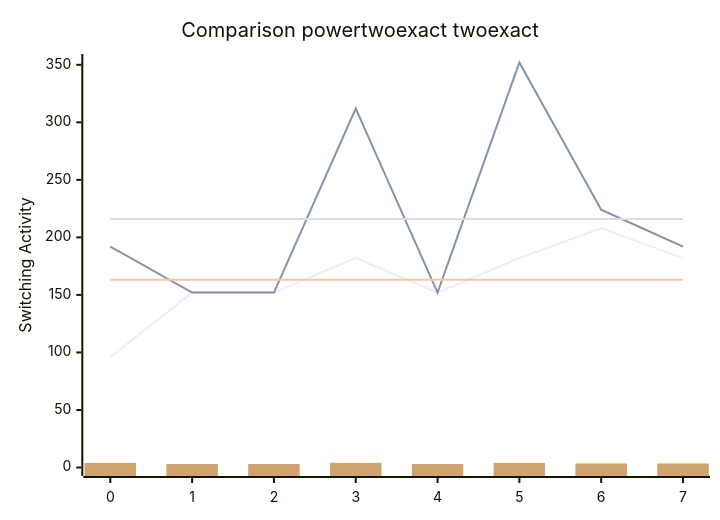
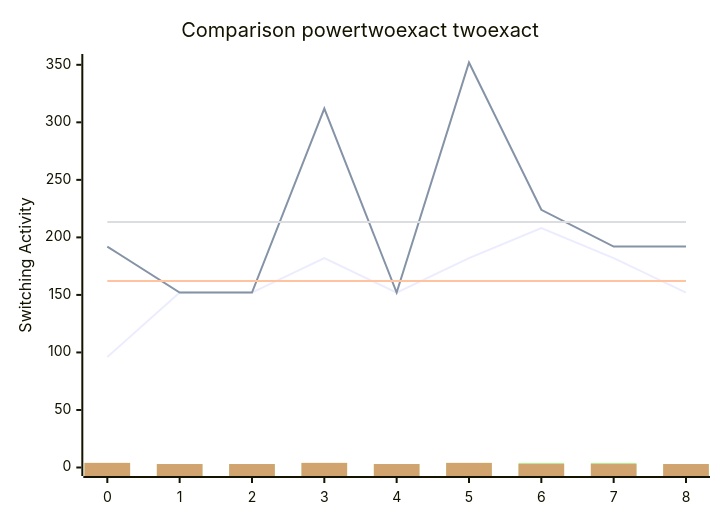
The diagram in benchmark.md (FeldmeierMichael/Exact-Power-Synthesis), drawn with Mermaid before and after one commit. The commit also changed other lines of this file and 2 other files, not shown here.

````diff
--- a/benchmark.md
+++ b/benchmark.md
@@ -17,12 +19,12 @@
 ```mermaid
 xychart-beta
     title "Comparison powertwoexact twoexact"
-    x-axis [0, 1, 2, 3, 4, 5, 6, 7]
+    x-axis [0, 1, 2, 3, 4, 5, 6, 7, 8]
     y-axis "Switching Activity" 0-->352
-    line [96, 152, 152, 182, 152, 182, 208, 182]
-    line [192, 152, 152, 312, 152, 352, 224, 192]
-    line [163.25, 163.25, 163.25, 163.25, 163.25, 163.25, 163.25, 163.25]
-    line [216.0, 216.0, 216.0, 216.0, 216.0, 216.0, 216.0, 216.0]
-    bar [4, 3, 3, 4, 3, 4, 4, 4, 4, 3, 3, 4, 3, 4, 4, 4, 4, 3, 3, 4, 3, 4, 4, 4, 4, 3, 3, 4, 3, 4, 4, 4, 4, 3, 3, 4, 3, 4, 4, 4, 4, 3, 3, 4, 3, 4, 4, 4, 4, 3, 3, 4, 3, 4, 4, 4, 4, 3, 3, 4, 3, 4, 4, 4, 4, 3, 3, 4, 3, 4, 4, 4, 4, 3, 3, 4, 3, 4, 4, 4, 4, 3, 3, 4, 3, 4, 4, 4, 4, 3, 3, 4, 3, 4, 4, 4, 4, 3, 3, 4, 3, 4, 4, 4, 4, 3, 3, 4, 3, 4, 4, 4, 4, 3, 3, 4, 3, 4, 4, 4, 4, 3, 3, 4, 3, 4, 4, 4, 4, 3, 3, 4, 3, 4, 4, 4, 4, 3, 3, 4, 3, 4, 4, 4, 4, 3, 3, 4, 3, 4, 4, 4, 4, 3, 3, 4, 3, 4, 4, 4]
-    bar [4, 3, 3, 4, 3, 4, 3, 3, 4, 3, 3, 4, 3, 4, 3, 3, 4, 3, 3, 4, 3, 4, 3, 3, 4, 3, 3, 4, 3, 4, 3, 3, 4, 3, 3, 4, 3, 4, 3, 3, 4, 3, 3, 4, 3, 4, 3, 3, 4, 3, 3, 4, 3, 4, 3, 3, 4, 3, 3, 4, 3, 4, 3, 3, 4, 3, 3, 4, 3, 4, 3, 3, 4, 3, 3, 4, 3, 4, 3, 3, 4, 3, 3, 4, 3, 4, 3, 3, 4, 3, 3, 4, 3, 4, 3, 3, 4, 3, 3, 4, 3, 4, 3, 3, 4, 3, 3, 4, 3, 4, 3, 3, 4, 3, 3, 4, 3, 4, 3, 3, 4, 3, 3, 4, 3, 4, 3, 3, 4, 3, 3, 4, 3, 4, 3, 3, 4, 3, 3, 4, 3, 4, 3, 3, 4, 3, 3, 4, 3, 4, 3, 3, 4, 3, 3, 4, 3, 4, 3, 3]
+    line [96, 152, 152, 182, 152, 182, 208, 182, 152]
+    line [192, 152, 152, 312, 152, 352, 224, 192, 192]
+    line [162.0, 162.0, 162.0, 162.0, 162.0, 162.0, 162.0, 162.0, 162.0]
+    line [213.33333333333334, 213.33333333333334, 213.33333333333334, 213.33333333333334, 213.33333333333334, 213.33333333333334, 213.33333333333334, 213.33333333333334, 213.33333333333334]
+    bar [4, 3, 3, 4, 3, 4, 4, 4, 3, 4, 3, 3, 4, 3, 4, 4, 4, 3, 4, 3, 3, 4, 3, 4, 4, 4, 3, 4, 3, 3, 4, 3, 4, 4, 4, 3, 4, 3, 3, 4, 3, 4, 4, 4, 3, 4, 3, 3, 4, 3, 4, 4, 4, 3, 4, 3, 3, 4, 3, 4, 4, 4, 3, 4, 3, 3, 4, 3, 4, 4, 4, 3, 4, 3, 3, 4, 3, 4, 4, 4, 3, 4, 3, 3, 4, 3, 4, 4, 4, 3, 4, 3, 3, 4, 3, 4, 4, 4, 3, 4, 3, 3, 4, 3, 4, 4, 4, 3, 4, 3, 3, 4, 3, 4, 4, 4, 3, 4, 3, 3, 4, 3, 4, 4, 4, 3, 4, 3, 3, 4, 3, 4, 4, 4, 3, 4, 3, 3, 4, 3, 4, 4, 4, 3, 4, 3, 3, 4, 3, 4, 4, 4, 3, 4, 3, 3, 4, 3, 4, 4, 4, 3, 4, 3, 3, 4, 3, 4, 4, 4, 3, 4, 3, 3, 4, 3, 4, 4, 4, 3]
+    bar [4, 3, 3, 4, 3, 4, 3, 3, 3, 4, 3, 3, 4, 3, 4, 3, 3, 3, 4, 3, 3, 4, 3, 4, 3, 3, 3, 4, 3, 3, 4, 3, 4, 3, 3, 3, 4, 3, 3, 4, 3, 4, 3, 3, 3, 4, 3, 3, 4, 3, 4, 3, 3, 3, 4, 3, 3, 4, 3, 4, 3, 3, 3, 4, 3, 3, 4, 3, 4, 3, 3, 3, 4, 3, 3, 4, 3, 4, 3, 3, 3, 4, 3, 3, 4, 3, 4, 3, 3, 3, 4, 3, 3, 4, 3, 4, 3, 3, 3, 4, 3, 3, 4, 3, 4, 3, 3, 3, 4, 3, 3, 4, 3, 4, 3, 3, 3, 4, 3, 3, 4, 3, 4, 3, 3, 3, 4, 3, 3, 4, 3, 4, 3, 3, 3, 4, 3, 3, 4, 3, 4, 3, 3, 3, 4, 3, 3, 4, 3, 4, 3, 3, 3, 4, 3, 3, 4, 3, 4, 3, 3, 3, 4, 3, 3, 4, 3, 4, 3, 3, 3, 4, 3, 3, 4, 3, 4, 3, 3, 3]
 ```
````
